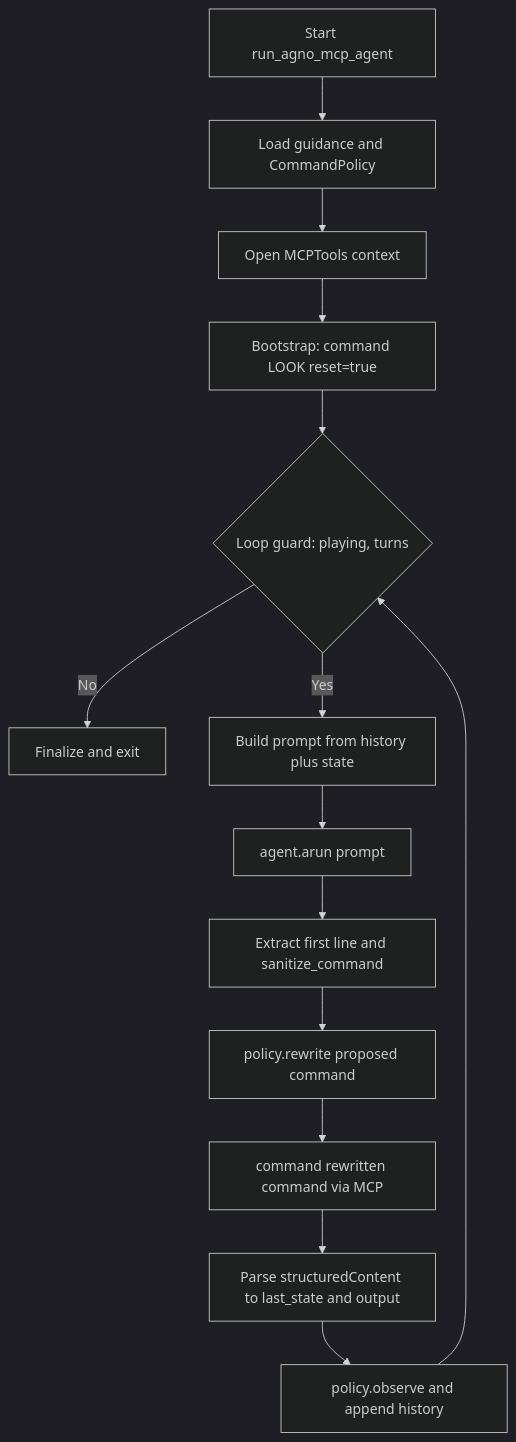
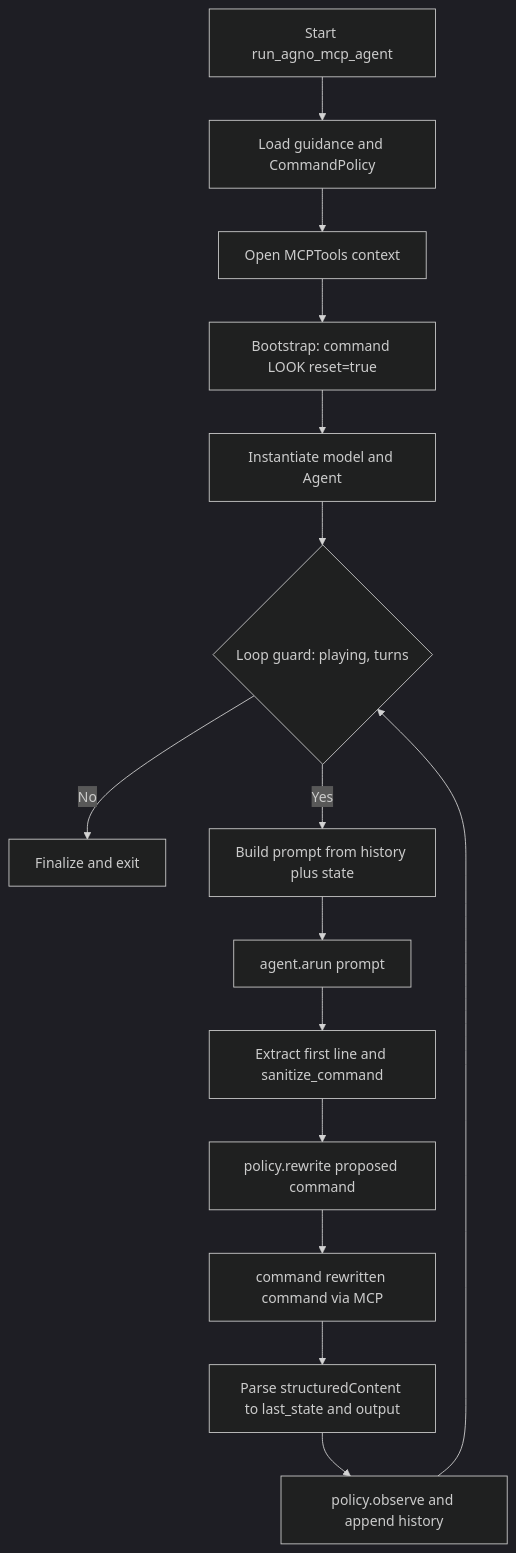
One commit to mdfranz/vibepascal changed the first of 4 diagrams in scripts/FLOW.md. Above: the diagram before and after it, drawn with Mermaid (dark theme). The commit also changed other lines of this file and 1 other file, not shown here.

````diff
--- a/scripts/FLOW.md
+++ b/scripts/FLOW.md
@@ -41,16 +52,17 @@
 ```mermaid
 flowchart TD
     A[Start run_agno_mcp_agent] --> B[Load guidance and CommandPolicy]
     B --> C[Open MCPTools context]
     C --> D[Bootstrap: command LOOK reset=true]
-    D --> E{Loop guard: playing, turns<max, llm_calls<cap}
+    D --> DA[Instantiate model and Agent]
+    DA --> E{Loop guard: playing, turns<max, llm_calls<cap}
     E -- No --> Z[Finalize and exit]
     E -- Yes --> F[Build prompt from history plus state]
     F --> G[agent.arun prompt]
     G --> H[Extract first line and sanitize_command]
     H --> I[policy.rewrite proposed command]
     I --> J[command rewritten command via MCP]
     J --> K[Parse structuredContent to last_state and output]
     K --> L[policy.observe and append history]
     L --> E
 ```
````
